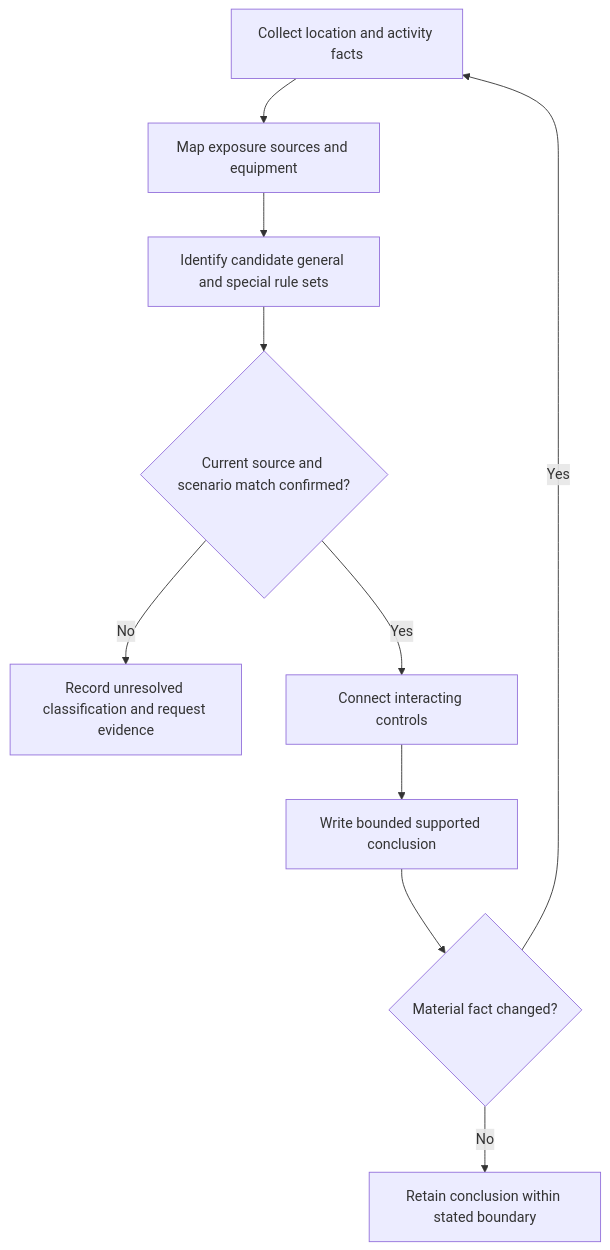
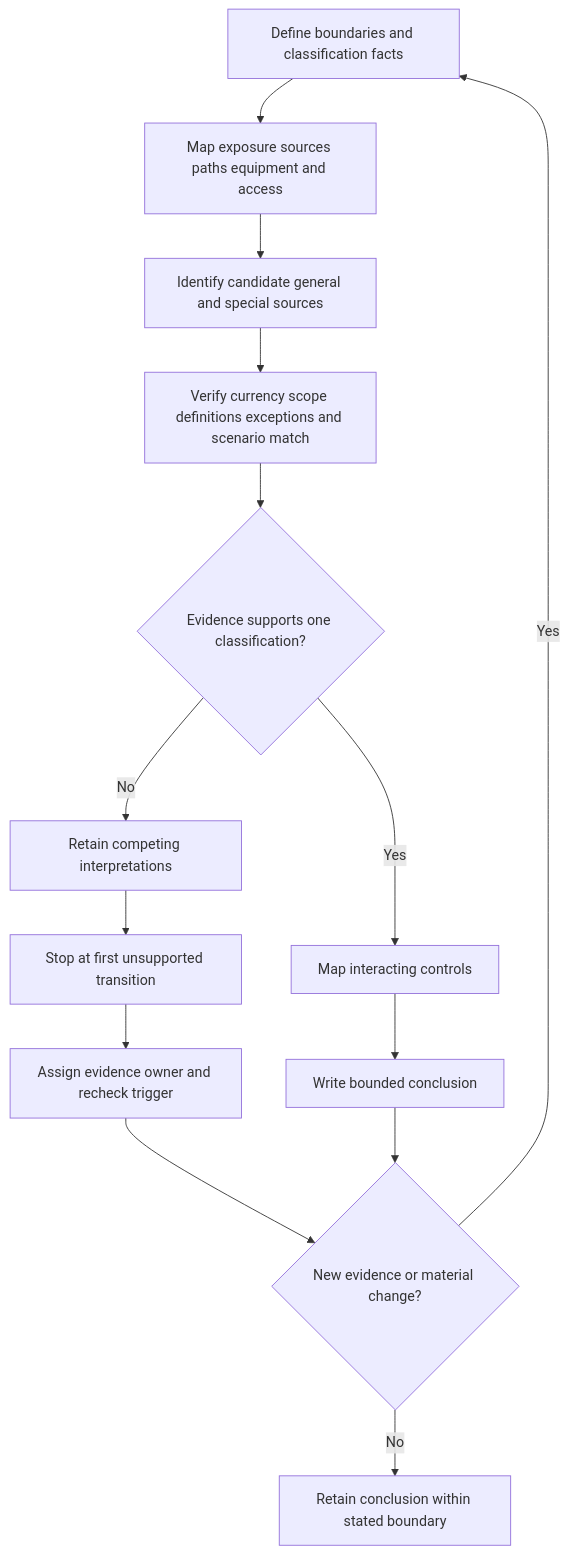
The first of 2 diagrams in docs/learning-plans/12-week/modules/day-50-special-location-method-classify-map-zones-and-verify-sources.md (andrew3stedall/capstone), drawn with Mermaid before and after one commit. The commit also changed other lines of this file and 3 other files, not shown here.

Commit message:
Improve Day 50 special-location classification method

````diff
--- a/docs/learning-plans/12-week/modules/day-50-special-location-method-classify-map-zones-and-verify-sources.md
+++ b/docs/learning-plans/12-week/modules/day-50-special-location-method-classify-map-zones-and-verify-sources.md
@@ -73,12 +101,16 @@
 ```mermaid
 flowchart TD
-  A[Collect location and activity facts] --> B[Map exposure sources and equipment]
-  B --> C[Identify candidate general and special rule sets]
-  C --> D{Current source and scenario match confirmed?}
-  D -->|No| E[Record unresolved classification and request evidence]
-  D -->|Yes| F[Connect interacting controls]
-  F --> G[Write bounded supported conclusion]
-  G --> H{Material fact changed?}
-  H -->|Yes| A
-  H -->|No| I[Retain conclusion within stated boundary]
+  A[Define boundaries and classification facts] --> B[Map exposure sources paths equipment and access]
+  B --> C[Identify candidate general and special sources]
+  C --> D[Verify currency scope definitions exceptions and scenario match]
+  D --> E{Evidence supports one classification?}
+  E -->|No| F[Retain competing interpretations]
+  F --> G[Stop at first unsupported transition]
+  G --> H[Assign evidence owner and recheck trigger]
+  E -->|Yes| I[Map interacting controls]
+  I --> J[Write bounded conclusion]
+  H --> K{New evidence or material change?}
+  J --> K
+  K -->|Yes| A
+  K -->|No| L[Retain conclusion within stated boundary]
 ```
````
